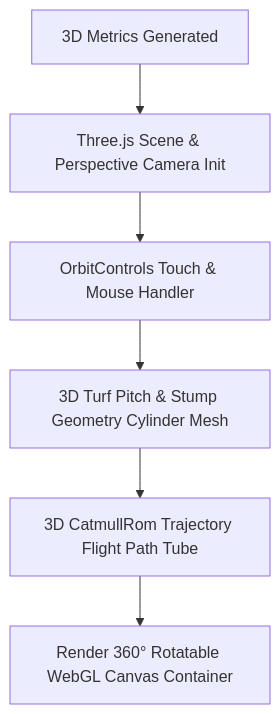
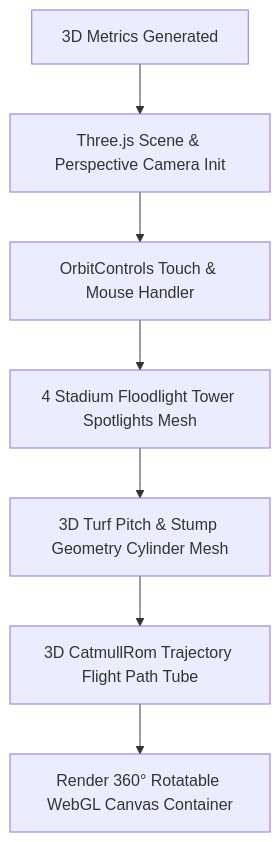
One commit to udbhav968-creator/opencv changed the third of 3 diagrams in README.md. Above: the diagram before and after it, drawn with Mermaid. The commit also changed other lines of this file and 1 other file, not shown here.

Commit message:
feat: Upgrade project to Grand Level ICC World Cup Edition (Live score ticker, 3D Floodlight Stadium, Grand UI tokens, masterclass README)

````diff
--- a/README.md
+++ b/README.md
@@ -66,8 +50,9 @@
 ```mermaid
 flowchart TD
     A[3D Metrics Generated] --> B[Three.js Scene & Perspective Camera Init]
     B --> C[OrbitControls Touch & Mouse Handler]
-    C --> D[3D Turf Pitch & Stump Geometry Cylinder Mesh]
-    D --> E[3D CatmullRom Trajectory Flight Path Tube]
-    E --> F[Render 360° Rotatable WebGL Canvas Container]
+    C --> D[4 Stadium Floodlight Tower Spotlights Mesh]
+    D --> E[3D Turf Pitch & Stump Geometry Cylinder Mesh]
+    E --> F[3D CatmullRom Trajectory Flight Path Tube]
+    F --> G[Render 360° Rotatable WebGL Canvas Container]
 ```
````
